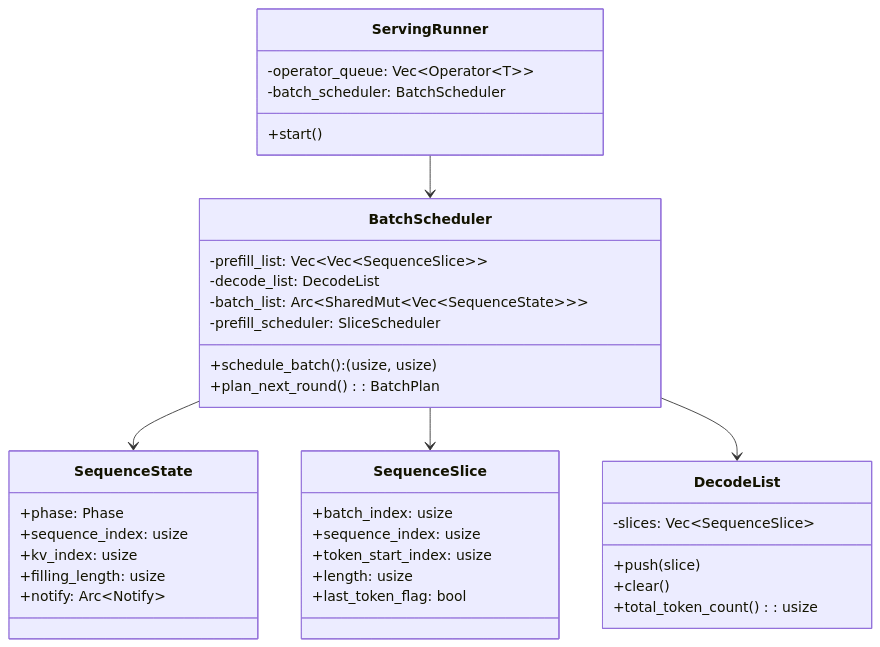
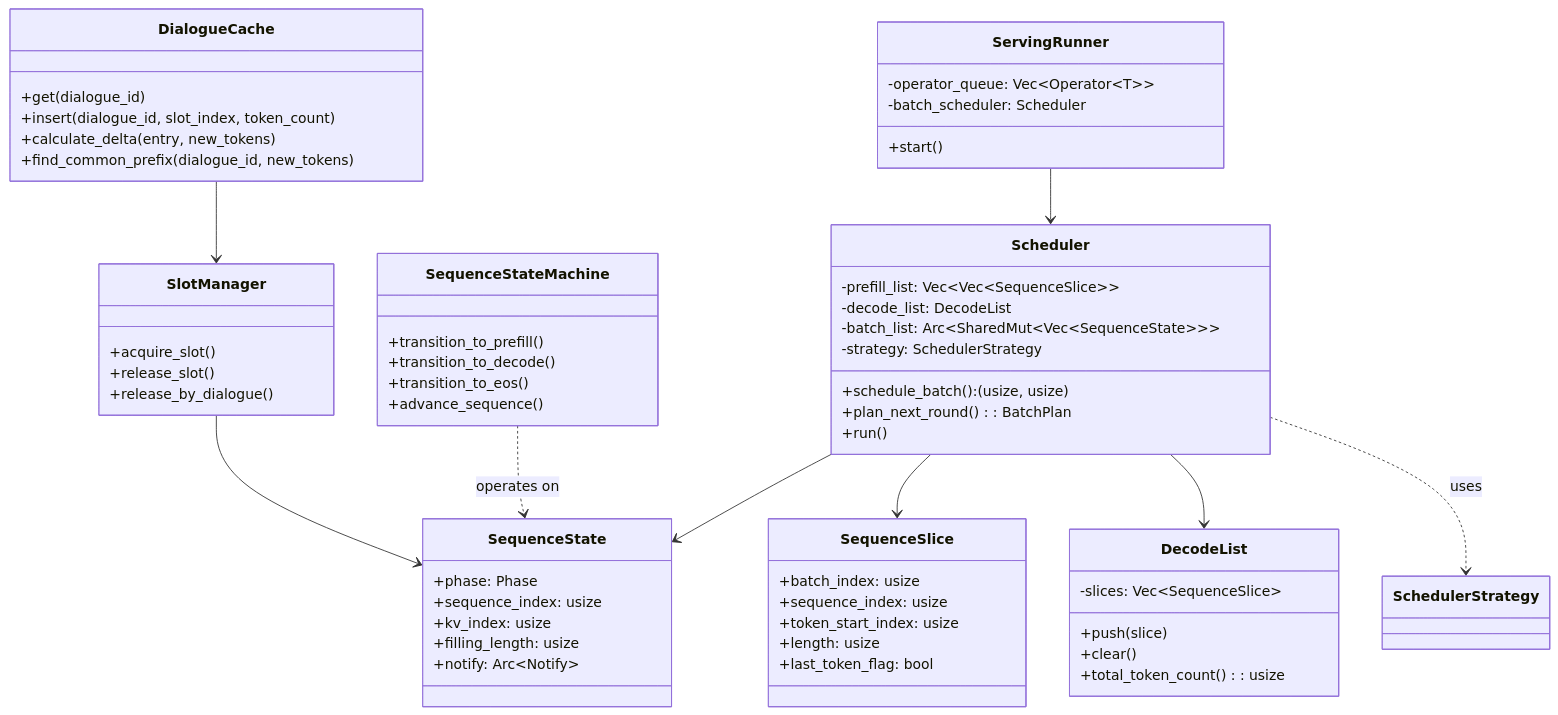
Before and after one commit to lucienhuangfu/eLLM: the second of 4 diagrams in docs/design/runtime/overview.md, drawn with Mermaid. The commit also changed other lines of this file and 2 other files, not shown here.

First line of the commit message:
Revise runtime docs: cache, scheduler, slot manager

````diff
--- a/docs/design/runtime/overview.md
+++ b/docs/design/runtime/overview.md
@@ -66,45 +71,70 @@
 ```mermaid
 classDiagram
-    class BatchScheduler {
+    class Scheduler {
         -prefill_list: Vec~Vec~SequenceSlice~~
         -decode_list: DecodeList
         -batch_list: Arc~SharedMut~Vec~SequenceState~~~
-        -prefill_scheduler: SliceScheduler
+        -strategy: SchedulerStrategy
         +schedule_batch(): (usize, usize)
         +plan_next_round(): BatchPlan
+        +run()
     }
 
     class ServingRunner {
         -operator_queue: Vec~Operator~T~~
-        -batch_scheduler: BatchScheduler
+        -batch_scheduler: Scheduler
         +start()
     }
 
     class SequenceState {
         +phase: Phase
         +sequence_index: usize
         +kv_index: usize
         +filling_length: usize
         +notify: Arc~Notify~
     }
 
     class SequenceSlice {
         +batch_index: usize
         +sequence_index: usize
         +token_start_index: usize
         +length: usize
         +last_token_flag: bool
     }
 
     class DecodeList {
         -slices: Vec~SequenceSlice~
         +push(slice)
         +clear()
         +total_token_count(): usize
     }
 
-    BatchScheduler --> SequenceState
-    BatchScheduler --> SequenceSlice
-    BatchScheduler --> DecodeList
-    ServingRunner --> BatchScheduler
+    class SequenceStateMachine {
+        +transition_to_prefill()
+        +transition_to_decode()
+        +transition_to_eos()
+        +advance_sequence()
+    }
+
+    class SlotManager {
+        +acquire_slot()
+        +release_slot()
+        +release_by_dialogue()
+    }
+
+    class DialogueCache {
+        +get(dialogue_id)
+        +insert(dialogue_id, slot_index, token_count)
+        +calculate_delta(entry, new_tokens)
+        +find_common_prefix(dialogue_id, new_tokens)
+    }
+
+    Scheduler --> SequenceState
+    Scheduler --> SequenceSlice
+    Scheduler --> DecodeList
+    Scheduler ..> SchedulerStrategy : uses
+    ServingRunner --> Scheduler
+    SequenceStateMachine ..> SequenceState : operates on
+    SlotManager --> SequenceState
+    DialogueCache --> SlotManager
 ```
````
